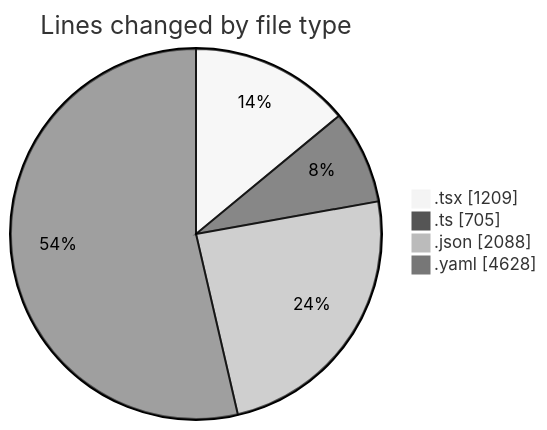
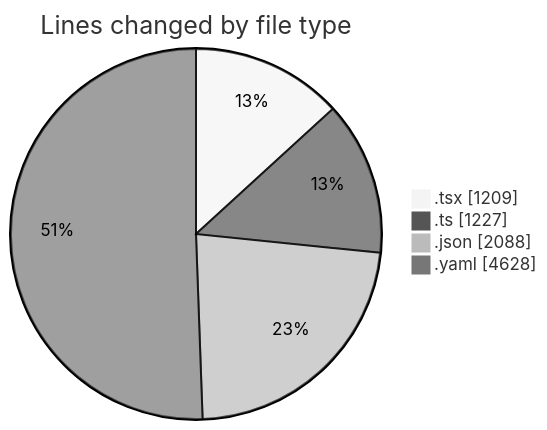
The first of 2 diagrams in 2025-10-31/eventscop-frontend-guide__workspace_/README.md (julien-gomy/code-tracking), drawn with Mermaid (neutral theme) before and after one commit. The commit also changed other lines of this file and 1 other file, not shown here.

````diff
--- a/2025-10-31/eventscop-frontend-guide__workspace_/README.md
+++ b/2025-10-31/eventscop-frontend-guide__workspace_/README.md
@@ -33,8 +35,8 @@
 ```mermaid
 pie showData
 title Lines changed by file type
 ".tsx" : 1209
-".ts" : 705
+".ts" : 1227
 ".json" : 2088
 ".yaml" : 4628
 ```
````
